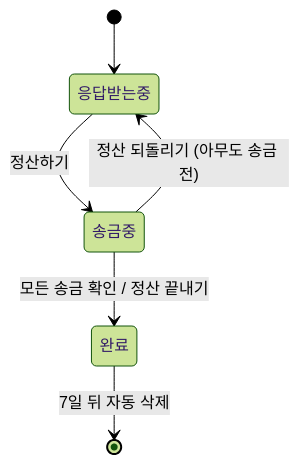
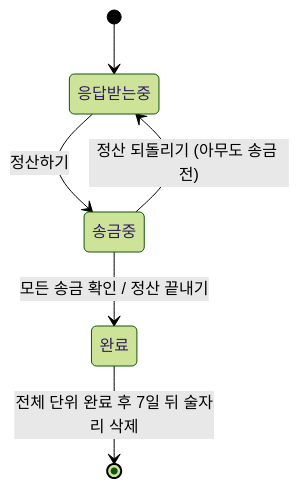
The second of 3 diagrams in docs/REQUIREMENTS.md (owencity/jungsan_attack), drawn with Mermaid (forest theme) before and after one commit. The commit also changed other lines of this file and 16 other files, not shown here.

````diff
--- a/docs/REQUIREMENTS.md
+++ b/docs/REQUIREMENTS.md
@@ -194,8 +213,8 @@
 ```mermaid
 stateDiagram-v2
     [*] --> 응답받는중
     응답받는중 --> 송금중: 정산하기
     송금중 --> 응답받는중: 정산 되돌리기 (아무도 송금 전)
     송금중 --> 완료: 모든 송금 확인 / 정산 끝내기
-    완료 --> [*]: 7일 뒤 자동 삭제
+    완료 --> [*]: 전체 단위 완료 후 7일 뒤 술자리 삭제
 ```
````
